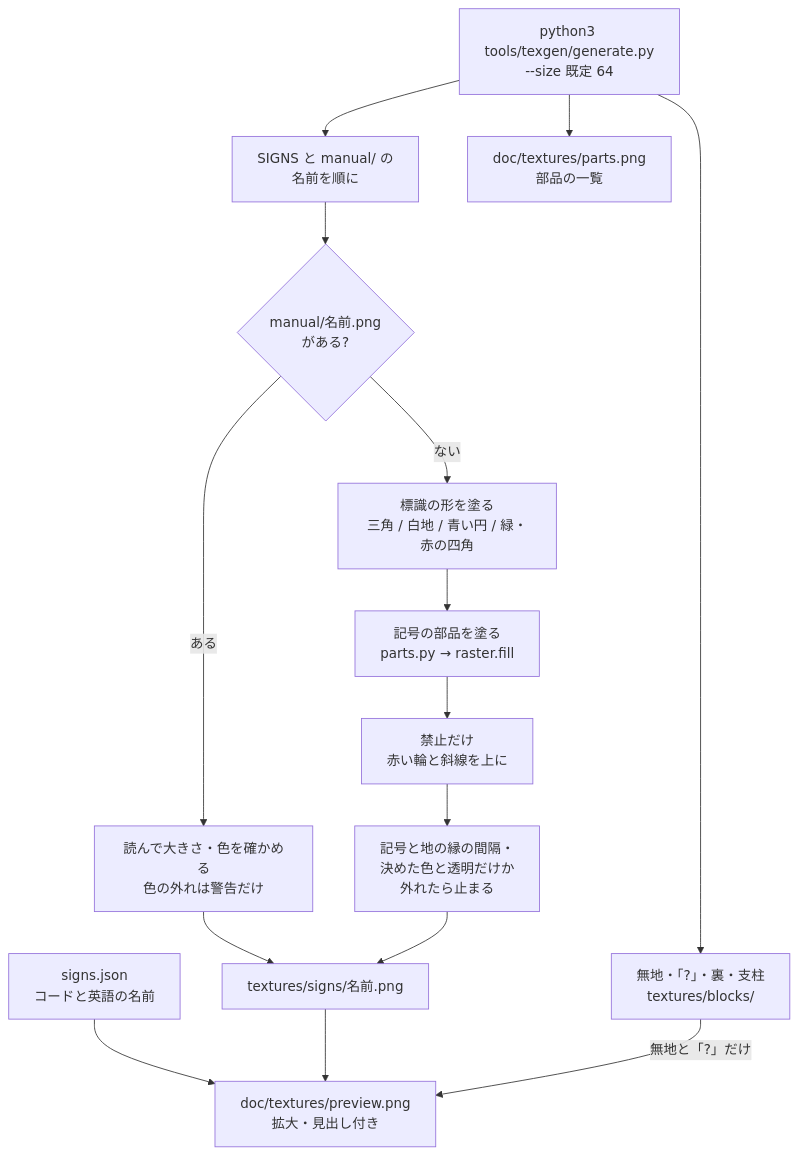
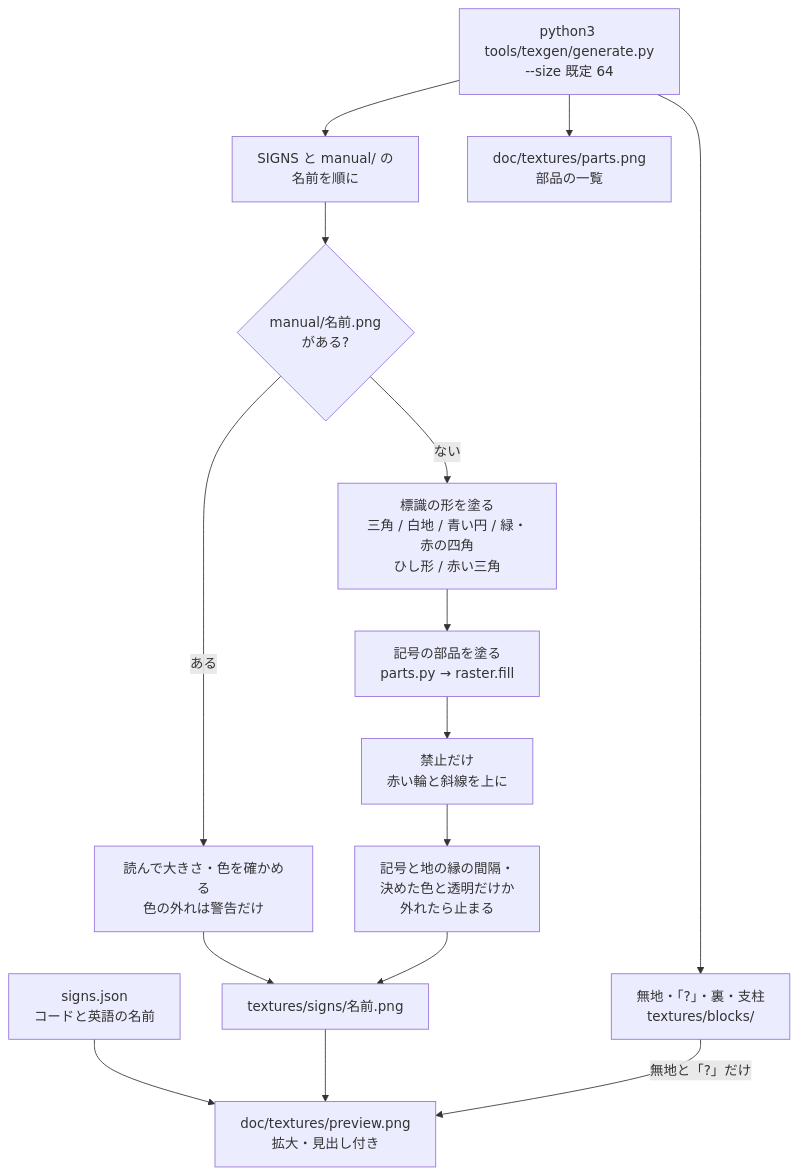
Before and after one commit to zeusisgood/safetysigns: the diagram in doc/diagrams/texture-generation.md, drawn with Mermaid. The commit also changed other lines of this file and 38 other files, not shown here.

````diff
--- a/doc/diagrams/texture-generation.md
+++ b/doc/diagrams/texture-generation.md
@@ -11,17 +11,17 @@
 ```mermaid
 flowchart TD
     Run["python3 tools/texgen/generate.py<br/>--size 既定 64"] --> Each["SIGNS と manual/ の<br/>名前を順に"]
     Each --> Manual{"manual/名前.png<br/>がある?"}
     Manual -- ある --> Load["読んで大きさ・色を確かめる<br/>色の外れは警告だけ"]
-    Manual -- ない --> Frame["標識の形を塗る<br/>三角 / 白地 / 青い円 / 緑・赤の四角"]
+    Manual -- ない --> Frame["標識の形を塗る<br/>三角 / 白地 / 青い円 / 緑・赤の四角<br/>ひし形 / 赤い三角"]
     Frame --> Symbol["記号の部品を塗る<br/>parts.py → raster.fill"]
     Symbol --> Slash["禁止だけ<br/>赤い輪と斜線を上に"]
     Slash --> Check["記号と地の縁の間隔・<br/>決めた色と透明だけか<br/>外れたら止まる"]
     Load --> Save["textures/signs/名前.png"]
     Check --> Save
     Run --> Blocks["無地・「?」・裏・支柱<br/>textures/blocks/"]
     Defs["signs.json<br/>コードと英語の名前"] --> Preview
     Save --> Preview["doc/textures/preview.png<br/>拡大・見出し付き"]
     Blocks -- 無地と「?」だけ --> Preview
     Run --> Parts["doc/textures/parts.png<br/>部品の一覧"]
 ```
````
